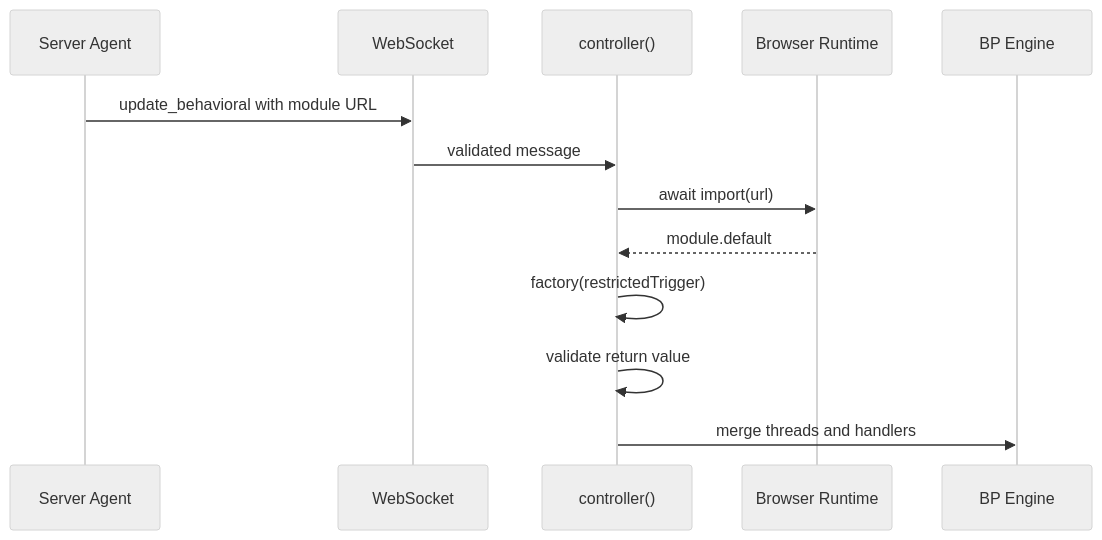
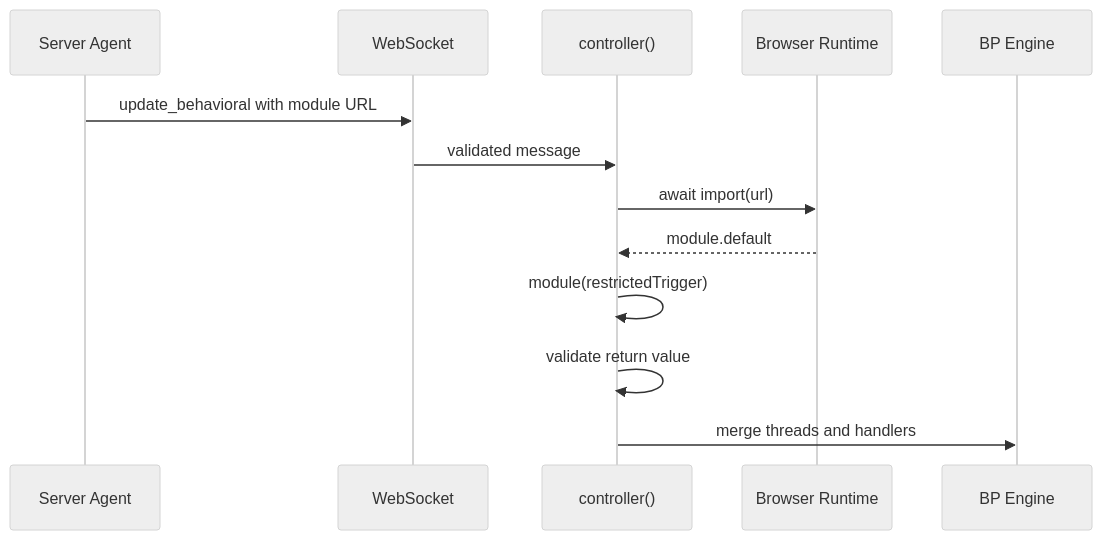
One commit to plaited/plaited changed the diagram in skills/plaited-ui/references/update-behavioral.md. Above: the diagram before and after it, drawn with Mermaid (neutral theme). The commit also changed other lines of this file and 416 other files, not shown here.

````diff
--- a/skills/plaited-ui/references/update-behavioral.md
+++ b/skills/plaited-ui/references/update-behavioral.md
@@ -14,16 +14,16 @@
 ```mermaid
 sequenceDiagram
     participant Agent as Server Agent
     participant WS as WebSocket
     participant Controller as controller()
     participant Browser as Browser Runtime
     participant BP as BP Engine
 
     Agent->>WS: update_behavioral with module URL
     WS->>Controller: validated message
     Controller->>Browser: await import(url)
     Browser-->>Controller: module.default
-    Controller->>Controller: factory(restrictedTrigger)
+    Controller->>Controller: module(restrictedTrigger)
     Controller->>Controller: validate return value
     Controller->>BP: merge threads and handlers
 ```
````
